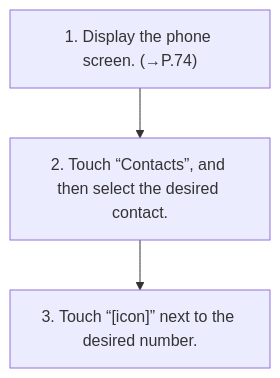
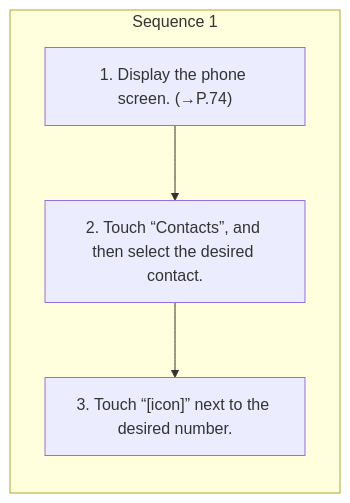
The diagram in workspace/subaru/outback-2026/ivi/published/phone/11-by-contacts-list.md (Chieko-Y/my-spec-generator), drawn with Mermaid before and after one commit. The commit also changed other lines of this file and 268 other files, not shown here.

````diff
--- a/workspace/subaru/outback-2026/ivi/published/phone/11-by-contacts-list.md
+++ b/workspace/subaru/outback-2026/ivi/published/phone/11-by-contacts-list.md
@@ -9,8 +9,11 @@
 ```mermaid
 flowchart TD
-    S1["1. Display the phone screen. (→P.74)"]
-    S2["2. Touch “Contacts”, and then select the desired contact."]
-    S3["3. Touch “[icon]” next to the desired number."]
-    S1 --> S2
-    S2 --> S3
+    subgraph SEQ1["Sequence 1"]
+    direction TB
+    S1_1["1. Display the phone screen. (→P.74)"]
+    S1_2["2. Touch “Contacts”, and then select the desired contact."]
+    S1_3["3. Touch “[icon]” next to the desired number."]
+    S1_1 --> S1_2
+    S1_2 --> S1_3
+    end
 ```
````
